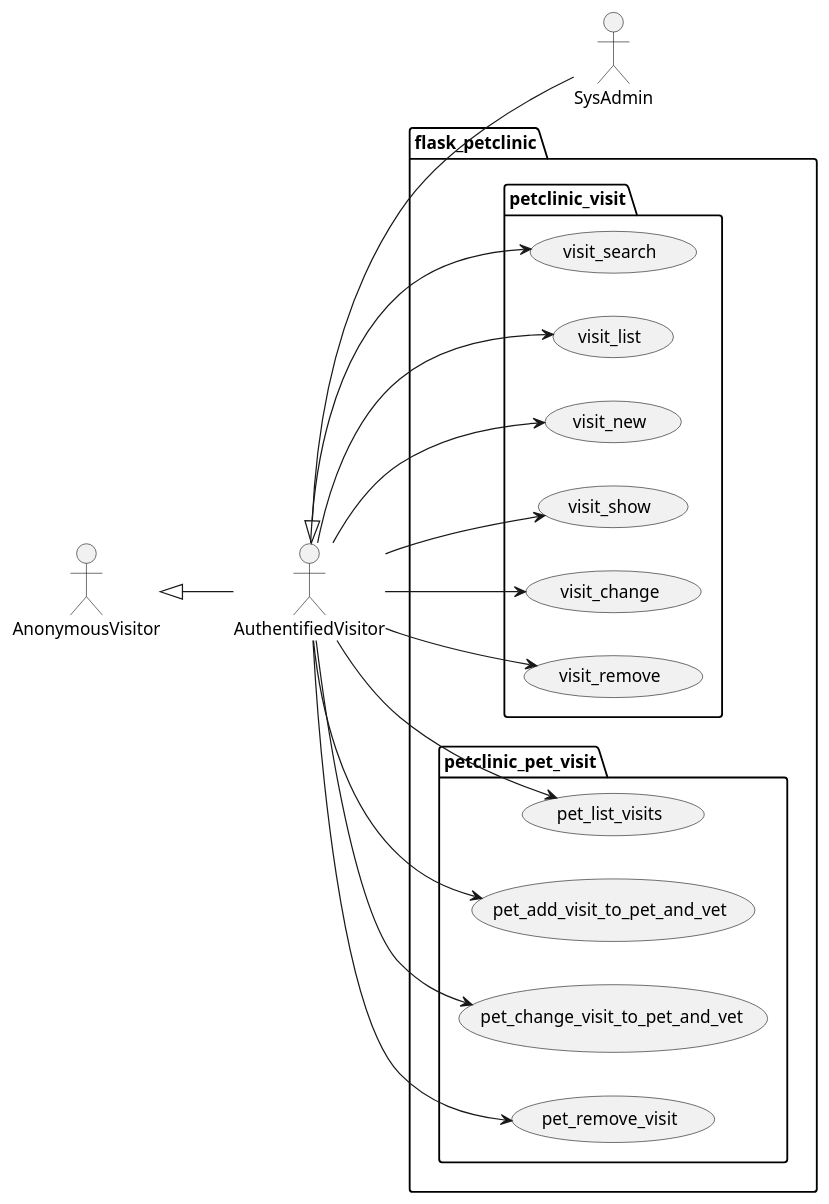
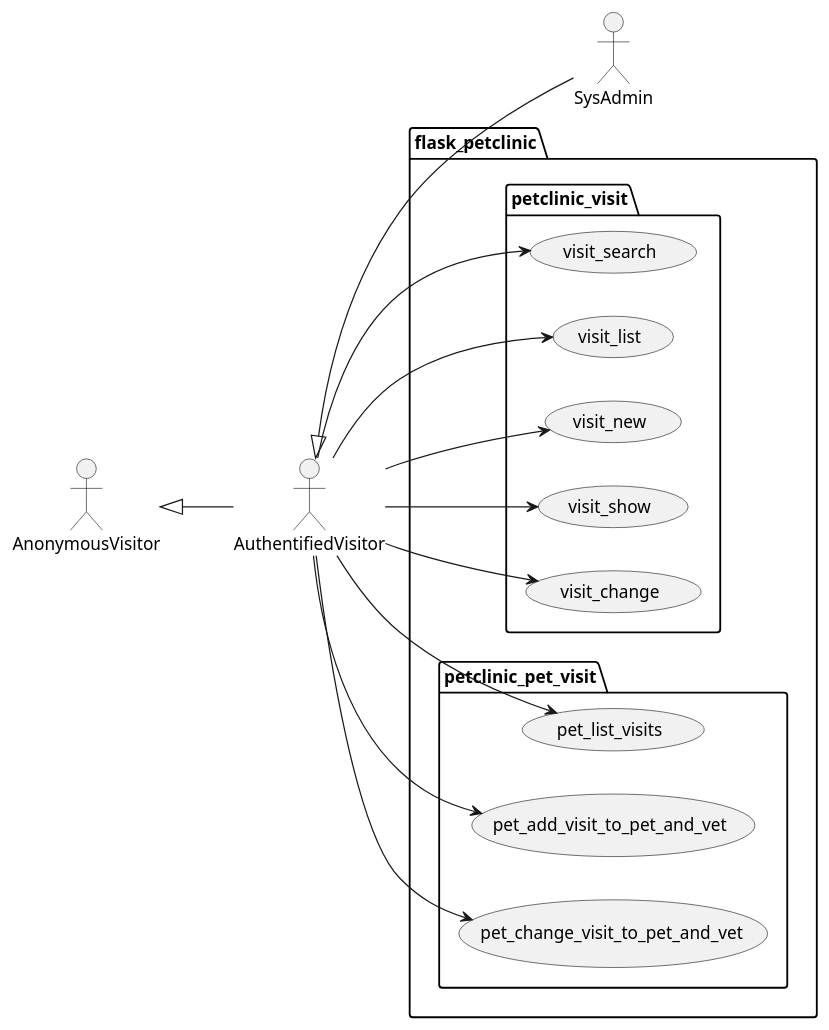
One commit to Jakarta-EE-Petclinic/petclinic_flask changed the diagram in project/petclinic_model/visit.puml. Above: the diagram before and after it, drawn with PlantUML. The commit also changed 5 other files, not shown here.

```diff
--- a/project/petclinic_model/visit.puml
+++ b/project/petclinic_model/visit.puml
@@ -1,45 +1,41 @@
 @startuml
 left to right direction
 
 actor AnonymousVisitor as av
 actor AuthentifiedVisitor as au
 actor SysAdmin as sa
 
 av <|-- au
 au <|-- sa
 
 package flask_petclinic {
 
     package petclinic_visit {
 
         usecase visit_search as uc7000
         usecase visit_list as uc7001
         usecase visit_new as uc7002
         usecase visit_show as uc7003
         usecase visit_change as uc7004
-        usecase visit_remove as uc7005
 
         au --> uc7000
         au --> uc7001
         au --> uc7002
         au --> uc7003
         au --> uc7004
-        au --> uc7005
 
     }
 
     package petclinic_pet_visit {
 
         usecase pet_list_visits as uc7020
         usecase pet_add_visit_to_pet_and_vet as uc7021
         usecase pet_change_visit_to_pet_and_vet as uc7022
-        usecase pet_remove_visit as uc7023
 
         au --> uc7020
         au --> uc7021
         au --> uc7022
-        au --> uc7023
     }
 
 }
 @enduml
```
